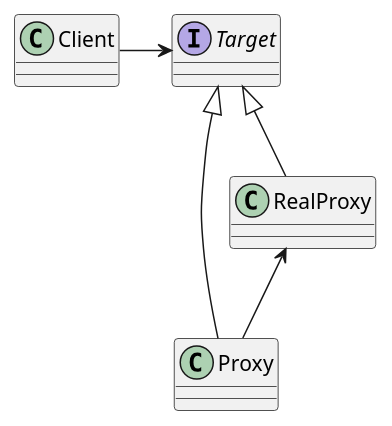
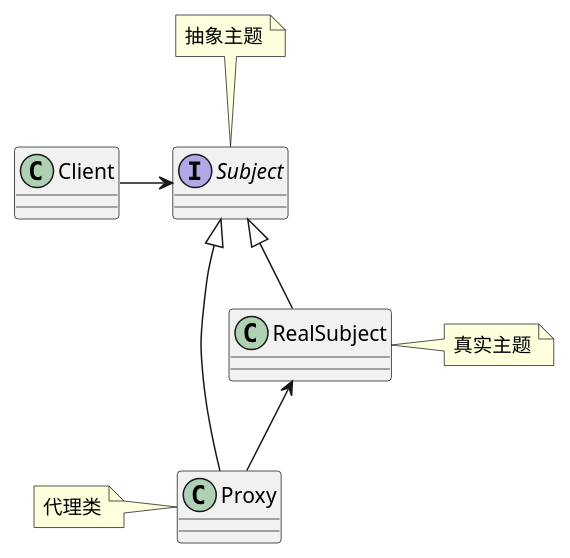
Before and after one commit to zhengyi89/demo-util: the diagram in design-pattern/src/main/java/com/sample/proxy/代理模式.puml, drawn with PlantUML.

Commit message:
代理模式结构图

```diff
--- a/design-pattern/src/main/java/com/sample/proxy/代理模式.puml
+++ b/design-pattern/src/main/java/com/sample/proxy/代理模式.puml
@@ -1,14 +1,17 @@
 @startuml
 
 class Client
-interface Target
+interface Subject
+note top : 抽象主题
 class Proxy
-class RealProxy
+note left:代理类
+class RealSubject
+note right:真实主题
 
-Client -> Target
-Target <|-- Proxy
-Target <|-- RealProxy
+Client -> Subject
+Subject <|-- Proxy
+Subject <|-- RealSubject
 
-RealProxy<--Proxy
+RealSubject<--Proxy
 
 @enduml
```
